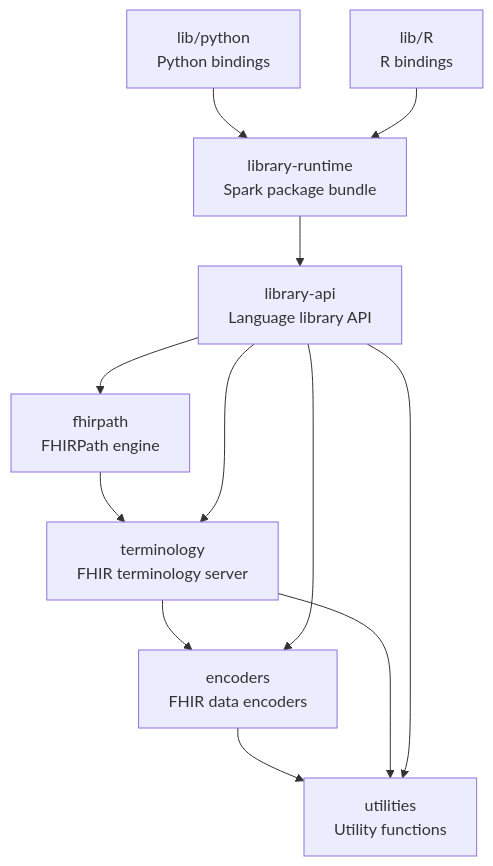
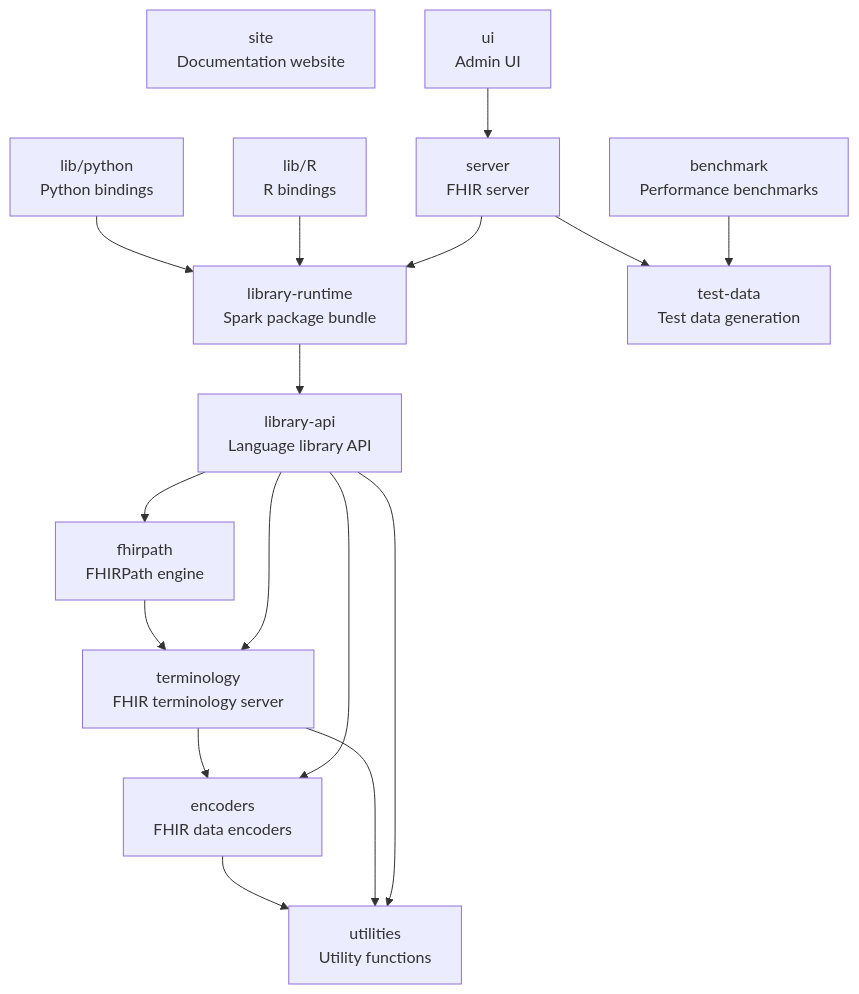
Before and after one commit to aehrc/pathling: the diagram in CONTRIBUTING.md, drawn with Mermaid. The commit also changed other lines of this file and 26 other files, not shown here.

````diff
--- a/CONTRIBUTING.md
+++ b/CONTRIBUTING.md
@@ -162,23 +48,32 @@
 ```mermaid
 graph TD
     utilities[utilities<br/>Utility functions]
     encoders[encoders<br/>FHIR data encoders]
     terminology[terminology<br/>FHIR terminology server]
     fhirpath[fhirpath<br/>FHIRPath engine]
     library-api[library-api<br/>Language library API]
     library-runtime[library-runtime<br/>Spark package bundle]
     python[lib/python<br/>Python bindings]
     r[lib/R<br/>R bindings]
+    site[site<br/>Documentation website]
+    benchmark[benchmark<br/>Performance benchmarks]
+    server[server<br/>FHIR server]
+    ui[ui<br/>Admin UI]
+    test-data[test-data<br/>Test data generation]
 
     encoders --> utilities
     terminology --> utilities
     terminology --> encoders
     fhirpath --> terminology
     library-api --> utilities
     library-api --> encoders
     library-api --> terminology
     library-api --> fhirpath
     library-runtime --> library-api
     python --> library-runtime
     r --> library-runtime
+    server --> library-runtime
+    server --> test-data
+    ui --> server
+    benchmark --> test-data
 ```
````
